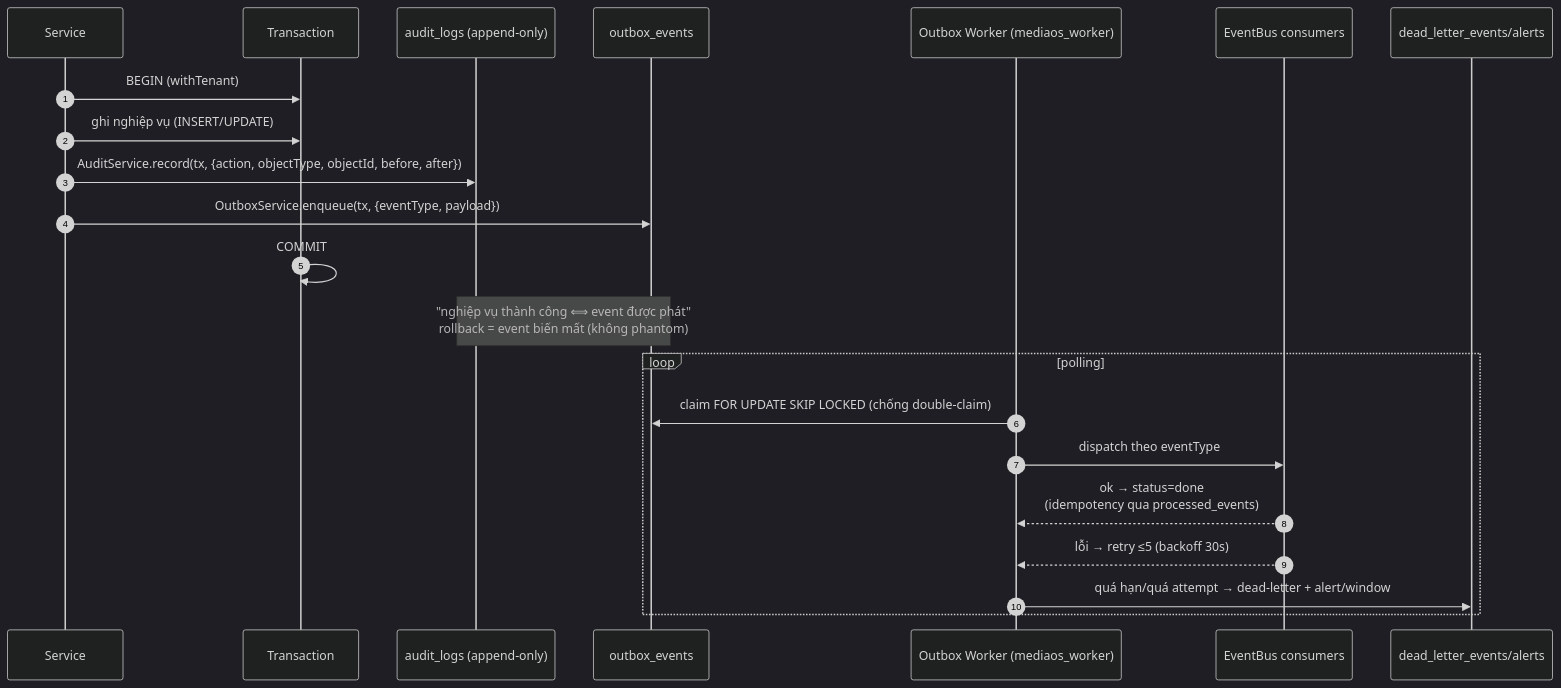
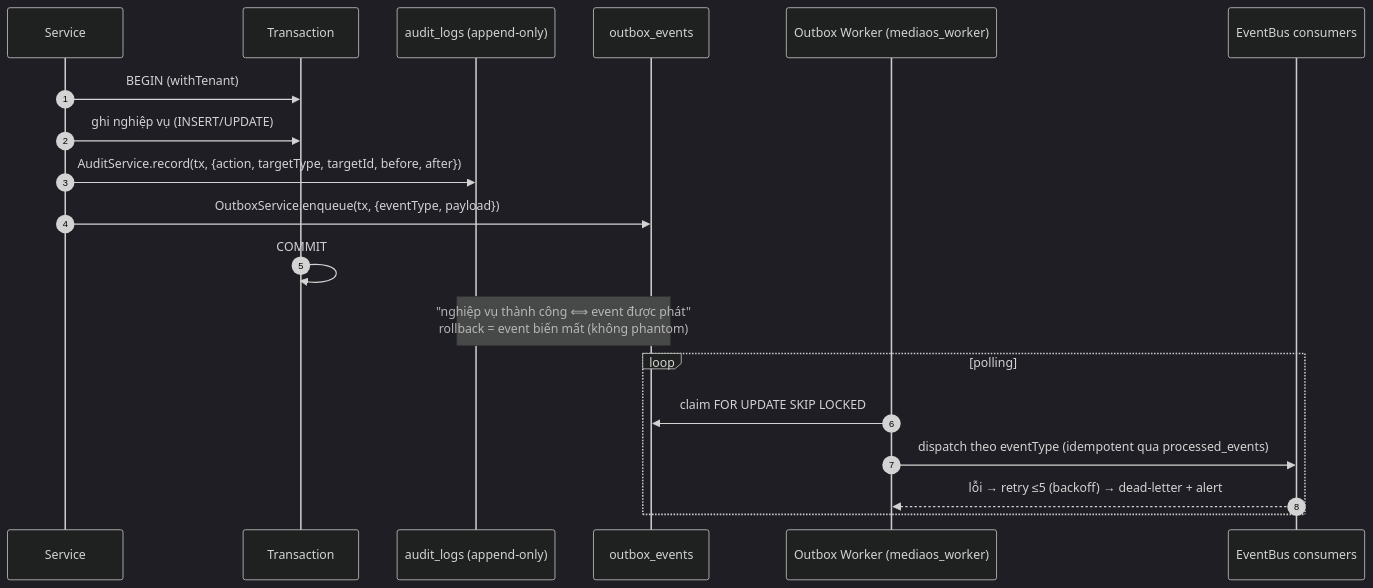
The seventh of 7 diagrams in docs/SYSTEM-DESIGN.md (nguyencanhqk/mediaos), drawn with Mermaid (dark theme) before and after one commit. The commit also changed other lines of this file and 194 other files, not shown here.

````diff
--- a/docs/SYSTEM-DESIGN.md
+++ b/docs/SYSTEM-DESIGN.md
@@ -377,26 +279,21 @@
 ```mermaid
 sequenceDiagram
     autonumber
     participant Svc as Service
     participant Tx as Transaction
     participant AUD as audit_logs (append-only)
     participant OBX as outbox_events
     participant W as Outbox Worker (mediaos_worker)
     participant Bus as EventBus consumers
-    participant DLQ as dead_letter_events/alerts
-
     Svc->>Tx: BEGIN (withTenant)
     Svc->>Tx: ghi nghiệp vụ (INSERT/UPDATE)
-    Svc->>AUD: AuditService.record(tx, {action, objectType, objectId, before, after})
+    Svc->>AUD: AuditService.record(tx, {action, targetType, targetId, before, after})
     Svc->>OBX: OutboxService.enqueue(tx, {eventType, payload})
     Tx->>Tx: COMMIT
     Note over AUD,OBX: "nghiệp vụ thành công ⟺ event được phát"<br/>rollback = event biến mất (không phantom)
-
     loop polling
-        W->>OBX: claim FOR UPDATE SKIP LOCKED (chống double-claim)
-        W->>Bus: dispatch theo eventType
-        Bus-->>W: ok → status=done<br/>(idempotency qua processed_events)
-        Bus-->>W: lỗi → retry ≤5 (backoff 30s)
-        W->>DLQ: quá hạn/quá attempt → dead-letter + alert/window
+        W->>OBX: claim FOR UPDATE SKIP LOCKED
+        W->>Bus: dispatch theo eventType (idempotent qua processed_events)
+        Bus-->>W: lỗi → retry ≤5 (backoff) → dead-letter + alert
     end
 ```
````
